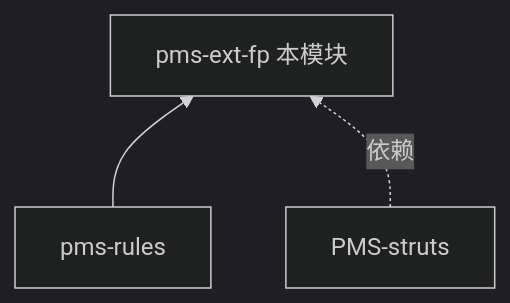
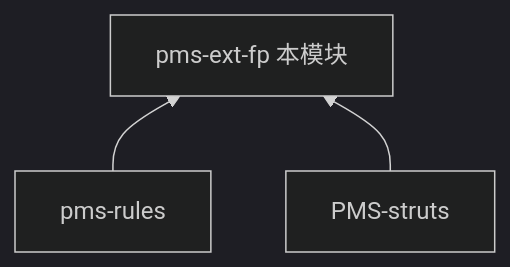
One commit to wrck/PMS changed the diagram in pms-ext-fp/docs/README.md. Above: the diagram before and after it, drawn with Mermaid (dark theme). The commit also changed other lines of this file and 44 other files, not shown here.

````diff
--- a/pms-ext-fp/docs/README.md
+++ b/pms-ext-fp/docs/README.md
@@ -19,6 +19,6 @@
 ```mermaid
 graph BT
     FP[pms-ext-fp 本模块]
     RULES[pms-rules] --> FP
-    STRUTS[PMS-struts] -.依赖.-> FP
+    STRUTS[PMS-struts] --> FP
 ```
````
